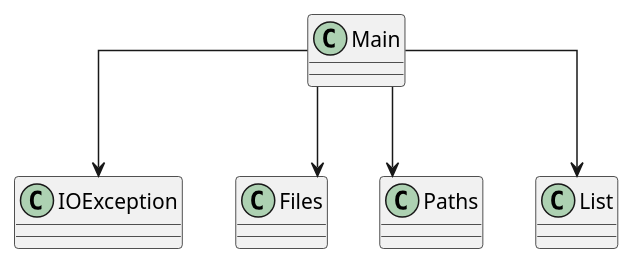
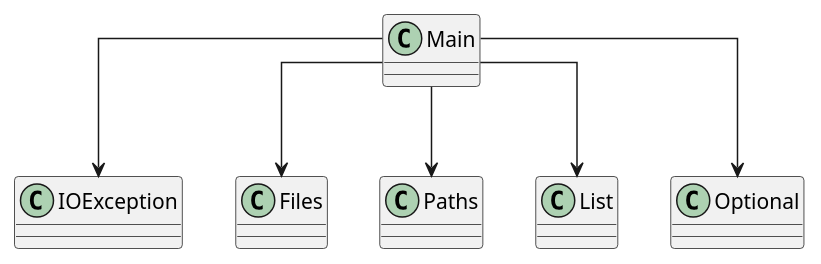
Before and after one commit to SirMathhman/Magma: the diagram in diagram.puml, drawn with PlantUML. The commit also changed 3 other files, not shown here.

```diff
--- a/diagram.puml
+++ b/diagram.puml
@@ -1,9 +1,10 @@
 @startuml
 skinparam linetype ortho
 class Main
 Main --> IOException
 Main --> Files
 Main --> Paths
 Main --> List
+Main --> Optional
 
 @enduml
```
